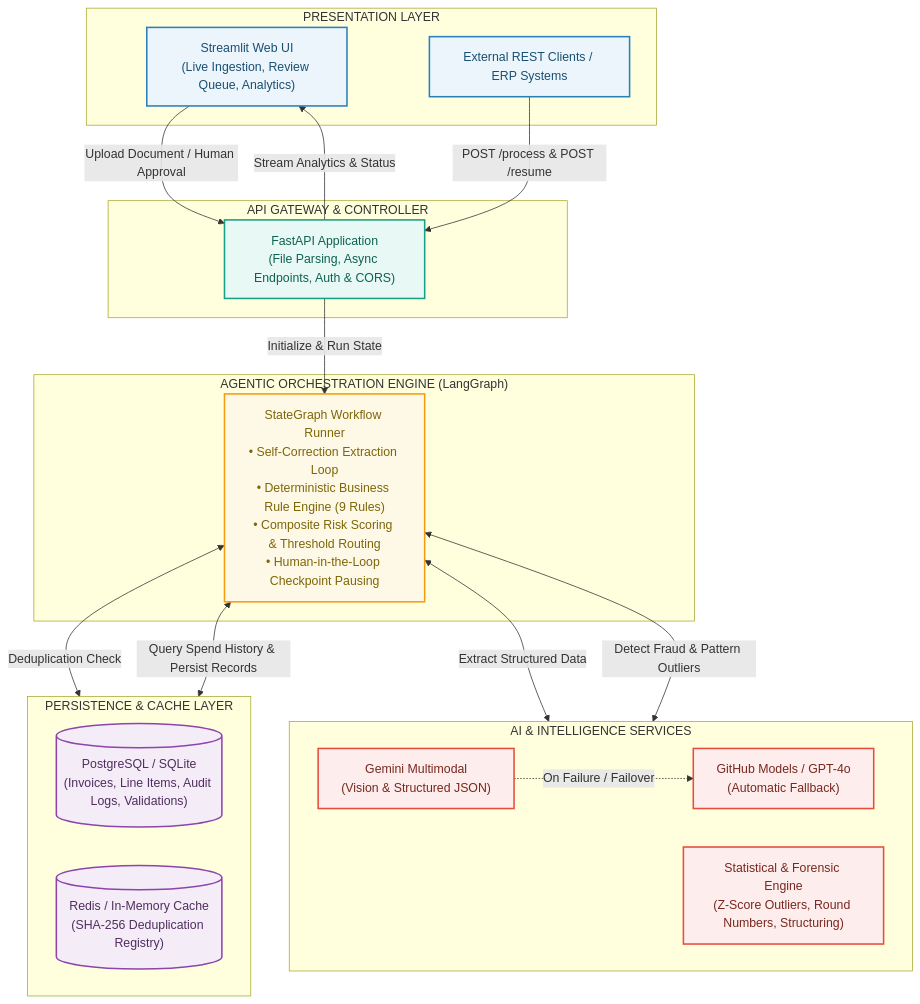
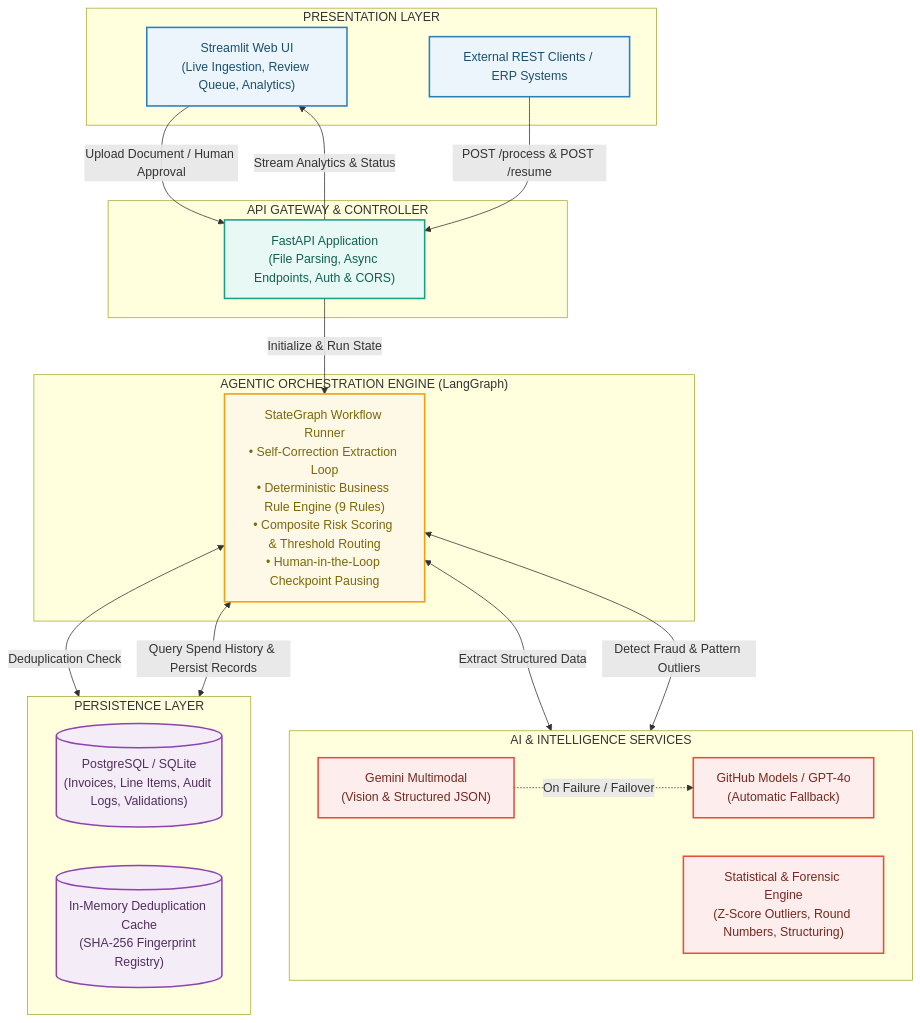
The diagram in README.md (ayushcodes27/doc-agent), drawn with Mermaid before and after one commit. The commit also changed other lines of this file and 8 other files, not shown here.

Commit message:
refactor(dedup): remove Redis in favor of direct indexed SQL deduplication

````diff
--- a/README.md
+++ b/README.md
@@ -24,44 +24,44 @@
 ```mermaid
 graph TB
     classDef clientStyle fill:#EBF5FB,stroke:#2980B9,stroke-width:2px,color:#1B4F72;
     classDef gatewayStyle fill:#E8F8F5,stroke:#16A085,stroke-width:2px,color:#0E6251;
     classDef agentStyle fill:#FEF9E7,stroke:#F39C12,stroke-width:2px,color:#7D6608;
     classDef toolStyle fill:#FDEDEC,stroke:#E74C3C,stroke-width:2px,color:#78281F;
     classDef dataStyle fill:#F4ECF7,stroke:#8E44AD,stroke-width:2px,color:#512E5F;
 
     subgraph L1["PRESENTATION LAYER"]
         UI["Streamlit Web UI<br/>(Live Ingestion, Review Queue, Analytics)"]:::clientStyle
         API_CLIENT["External REST Clients / ERP Systems"]:::clientStyle
     end
 
     subgraph L2["API GATEWAY & CONTROLLER"]
         FASTAPI["FastAPI Application<br/>(File Parsing, Async Endpoints, Auth & CORS)"]:::gatewayStyle
     end
 
     subgraph L3["AGENTIC ORCHESTRATION ENGINE (LangGraph)"]
         GRAPH["StateGraph Workflow Runner<br/>• Self-Correction Extraction Loop<br/>• Deterministic Business Rule Engine (9 Rules)<br/>• Composite Risk Scoring & Threshold Routing<br/>• Human-in-the-Loop Checkpoint Pausing"]:::agentStyle
     end
 
     subgraph L4["AI & INTELLIGENCE SERVICES"]
         direction LR
         LLM_PRIMARY["Gemini Multimodal<br/>(Vision & Structured JSON)"]:::toolStyle
         LLM_FALLBACK["GitHub Models / GPT-4o<br/>(Automatic Fallback)"]:::toolStyle
         ANOMALY_ENGINE["Statistical & Forensic Engine<br/>(Z-Score Outliers, Round Numbers, Structuring)"]:::toolStyle
     end
 
-    subgraph L5["PERSISTENCE & CACHE LAYER"]
+    subgraph L5["PERSISTENCE LAYER"]
         direction LR
         DB[("PostgreSQL / SQLite<br/>(Invoices, Line Items, Audit Logs, Validations)")]:::dataStyle
-        CACHE[("Redis / In-Memory Cache<br/>(SHA-256 Deduplication Registry)")]:::dataStyle
+        CACHE[("In-Memory Deduplication Cache<br/>(SHA-256 Fingerprint Registry)")]:::dataStyle
     end
 
     UI -->|Upload Document / Human Approval| FASTAPI
     API_CLIENT -->|POST /process & POST /resume| FASTAPI
     FASTAPI -->|Initialize & Run State| GRAPH
     GRAPH <-->|Extract Structured Data| LLM_PRIMARY
     LLM_PRIMARY -.->|On Failure / Failover| LLM_FALLBACK
     GRAPH <-->|Detect Fraud & Pattern Outliers| ANOMALY_ENGINE
     GRAPH <-->|Deduplication Check| CACHE
     GRAPH <-->|Query Spend History & Persist Records| DB
     FASTAPI -->|Stream Analytics & Status| UI
 ```
````
